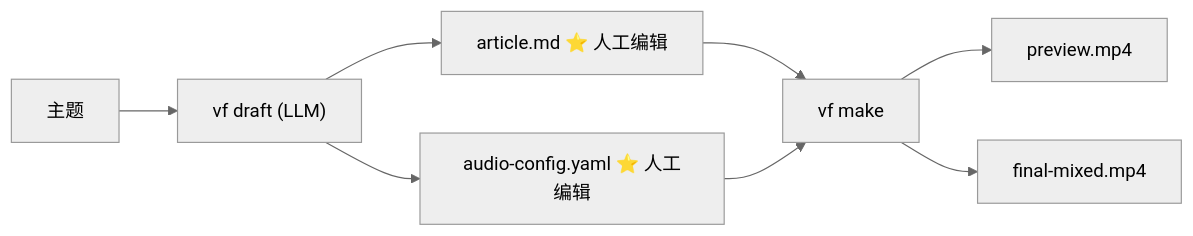
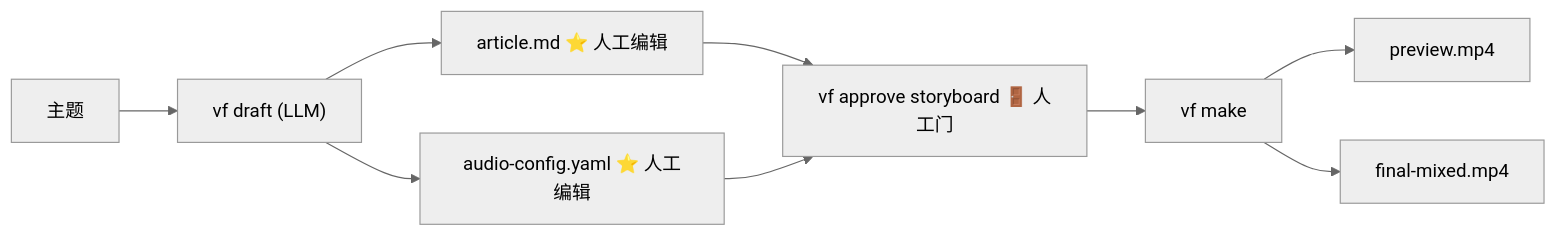
Before and after one commit to huangjien/ai-video-factory: the first of 2 diagrams in docs/INSTALLATION_AND_USAGE.zh-CN.md, drawn with Mermaid (neutral theme). The commit also changed other lines of this file and 1 other file, not shown here.

````diff
--- a/docs/INSTALLATION_AND_USAGE.zh-CN.md
+++ b/docs/INSTALLATION_AND_USAGE.zh-CN.md
@@ -11,10 +11,11 @@
 ```mermaid
 flowchart LR
     topic[主题] --> vfDraft["vf draft (LLM)"]
     vfDraft --> articleMD["article.md ⭐ 人工编辑"]
     vfDraft --> audioConfig["audio-config.yaml ⭐ 人工编辑"]
-    articleMD --> vfMake["vf make"]
-    audioConfig --> vfMake
+    articleMD --> vfApprove["vf approve storyboard 🚪 人工门"]
+    audioConfig --> vfApprove
+    vfApprove --> vfMake["vf make"]
     vfMake --> previewMp4[preview.mp4]
-    vfMake --> finalMixedMp4[final-mixed.mp4]
+    vfMake --> finalMixedMp4["final-mixed.mp4"]
 ```
````
